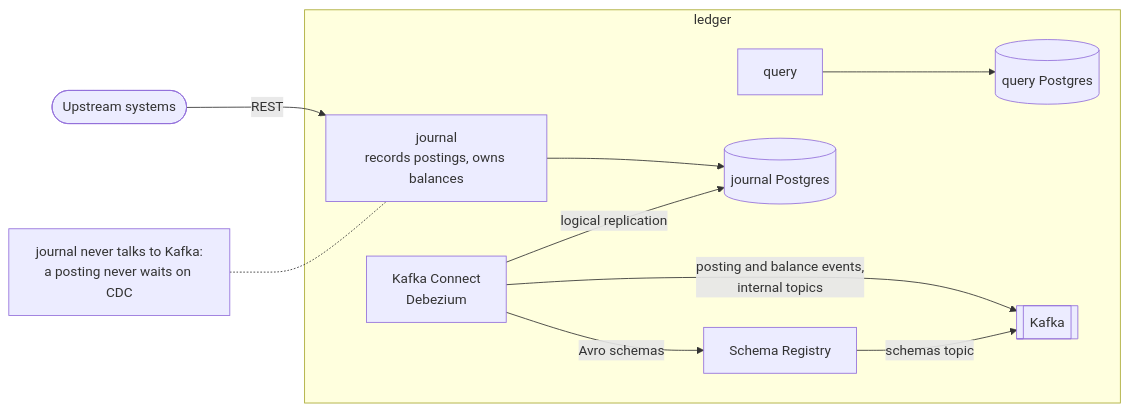
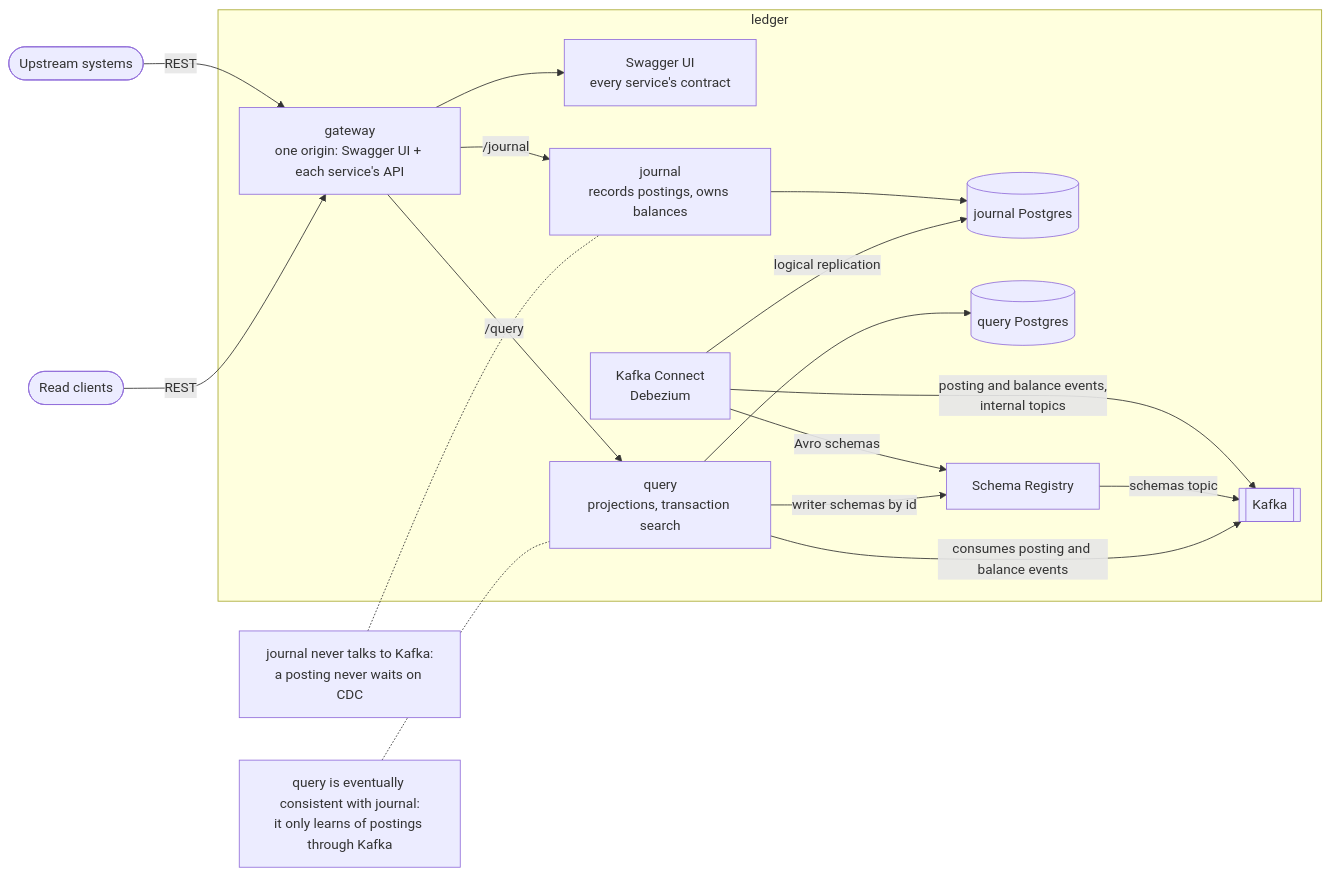
One commit to apulbere/ledger changed the diagram in docs/architecture/containers.md. Above: the diagram before and after it, drawn with Mermaid. The commit also changed other lines of this file and 50 other files, not shown here.

First line of the commit message:
Project journal events in query and search transactions by account

````diff
--- a/docs/architecture/containers.md
+++ b/docs/architecture/containers.md
@@ -5,22 +5,33 @@
 ```mermaid
 flowchart LR
     upstream([Upstream systems])
+    readers([Read clients])
     subgraph ledger
+        gateway[gateway<br/>one origin: Swagger UI + each service's API]
+        swagger[Swagger UI<br/>every service's contract]
         journal[journal<br/>records postings, owns balances]
-        query[query]
+        query[query<br/>projections, transaction search]
         journaldb[(journal Postgres)]
         querydb[(query Postgres)]
         connect[Kafka Connect<br/>Debezium]
         kafka[[Kafka]]
         registry[Schema Registry]
     end
-    upstream -- "REST" --> journal
+    upstream -- "REST" --> gateway
+    readers -- "REST" --> gateway
+    gateway --> swagger
+    gateway -- "/journal" --> journal
+    gateway -- "/query" --> query
     journal --> journaldb
-    query --> querydb
     connect -- "logical replication" --> journaldb
     connect -- "posting and balance events,<br/>internal topics" --> kafka
     connect -- "Avro schemas" --> registry
     registry -- "schemas topic" --> kafka
+    query -- "consumes posting and balance events" --> kafka
+    query -- "writer schemas by id" --> registry
+    query --> querydb
     note["journal never talks to Kafka:<br/>a posting never waits on CDC"]
     note -.- journal
+    note2["query is eventually consistent with journal:<br/>it only learns of postings through Kafka"]
+    note2 -.- query
 ```
````
